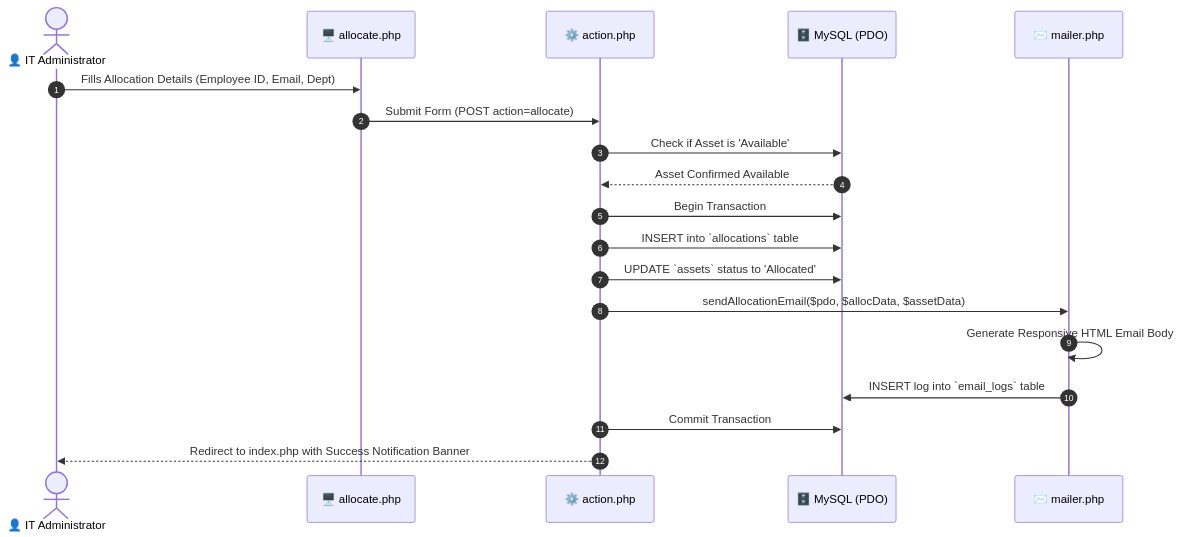
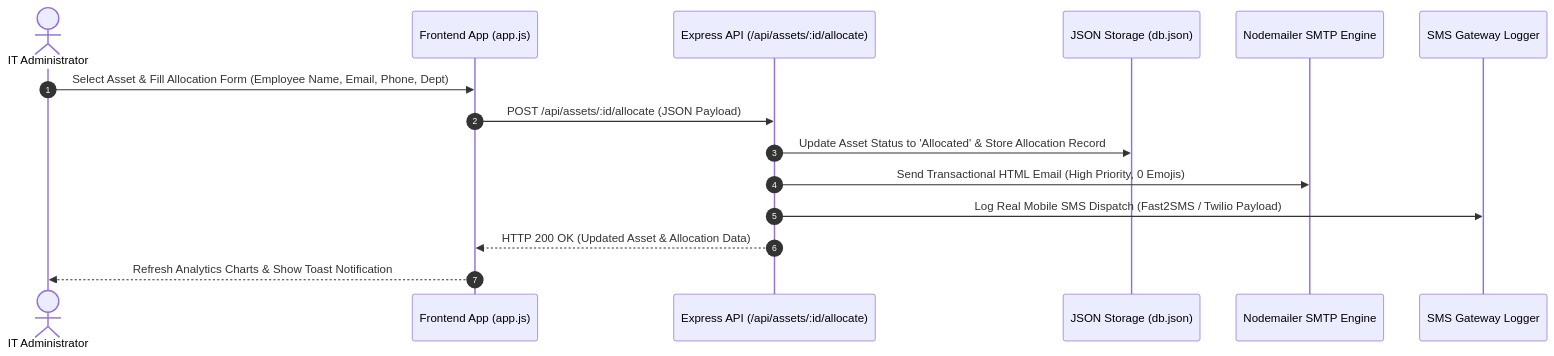
One commit to tusharmahapatra1234-ship-it/-IT-Asset-Management changed the second of 4 diagrams in README.md. Above: the diagram before and after it, drawn with Mermaid. The commit also changed other lines of this file, not shown here.

Commit message:
Update README.md with Node.js architecture, Chart.js analytics, REST API tables, and Mermaid diagrams

````diff
--- a/README.md
+++ b/README.md
@@ -67,26 +53,18 @@
 ```mermaid
 sequenceDiagram
     autonumber
-    actor Admin as 👤 IT Administrator
-    participant UI as 🖥️ allocate.php
-    participant Controller as ⚙️ action.php
-    participant DB as 🗄️ MySQL (PDO)
-    participant Mailer as ✉️ mailer.php
+    actor Admin as IT Administrator
+    participant UI as Frontend App (app.js)
+    participant API as Express API (/api/assets/:id/allocate)
+    participant DB as JSON Storage (db.json)
+    participant Email as Nodemailer SMTP Engine
+    participant SMS as SMS Gateway Logger
 
-    Admin->>UI: Fills Allocation Details (Employee ID, Email, Dept)
-    UI->>Controller: Submit Form (POST action=allocate)
-    
-    Controller->>DB: Check if Asset is 'Available'
-    DB-->>Controller: Asset Confirmed Available
-    
-    Controller->>DB: Begin Transaction
-    Controller->>DB: INSERT into `allocations` table
-    Controller->>DB: UPDATE `assets` status to 'Allocated'
-    
-    Controller->>Mailer: sendAllocationEmail($pdo, $allocData, $assetData)
-    Mailer->>Mailer: Generate Responsive HTML Email Body
-    Mailer->>DB: INSERT log into `email_logs` table
-    
-    Controller->>DB: Commit Transaction
-    Controller-->>Admin: Redirect to index.php with Success Notification Banner
+    Admin->>UI: Select Asset & Fill Allocation Form (Employee Name, Email, Phone, Dept)
+    UI->>API: POST /api/assets/:id/allocate (JSON Payload)
+    API->>DB: Update Asset Status to 'Allocated' & Store Allocation Record
+    API->>Email: Send Transactional HTML Email (High Priority, 0 Emojis)
+    API->>SMS: Log Real Mobile SMS Dispatch (Fast2SMS / Twilio Payload)
+    API-->>UI: HTTP 200 OK (Updated Asset & Allocation Data)
+    UI-->>Admin: Refresh Analytics Charts & Show Toast Notification
 ```
````
